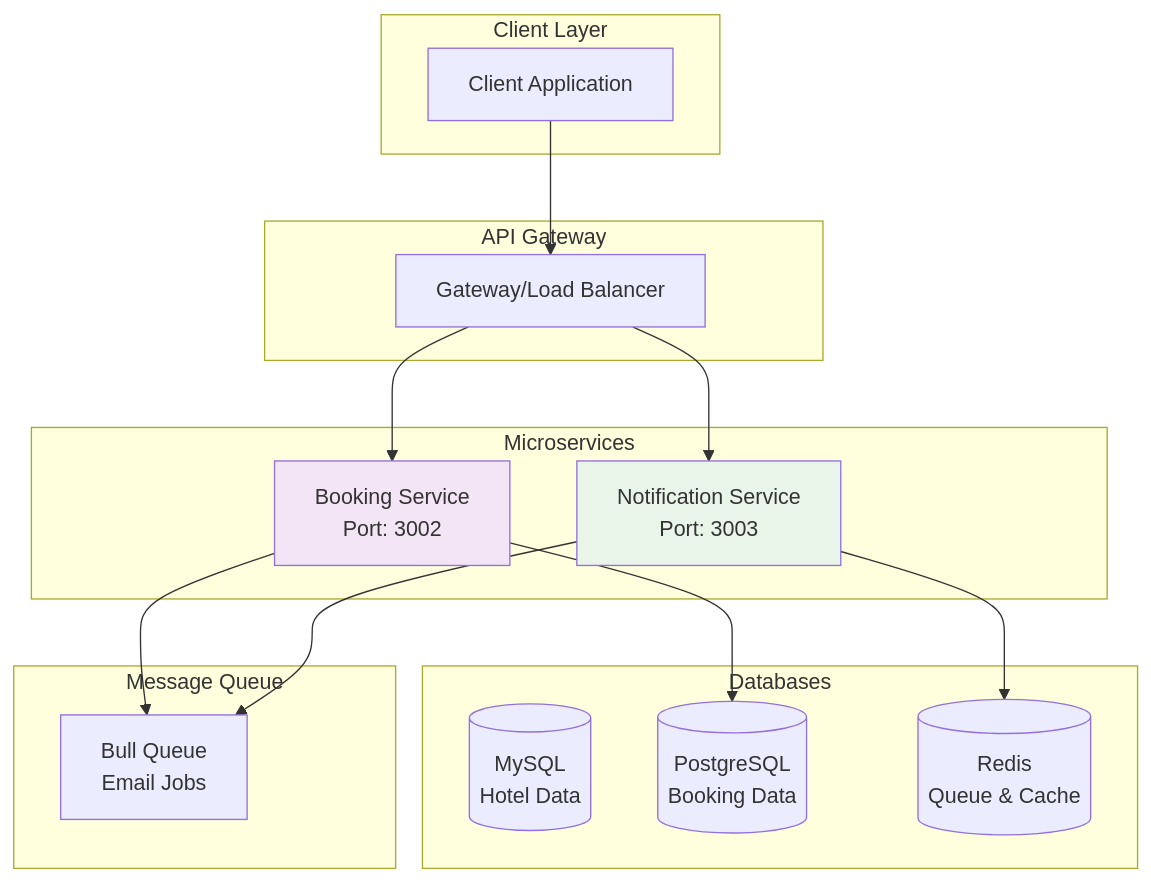
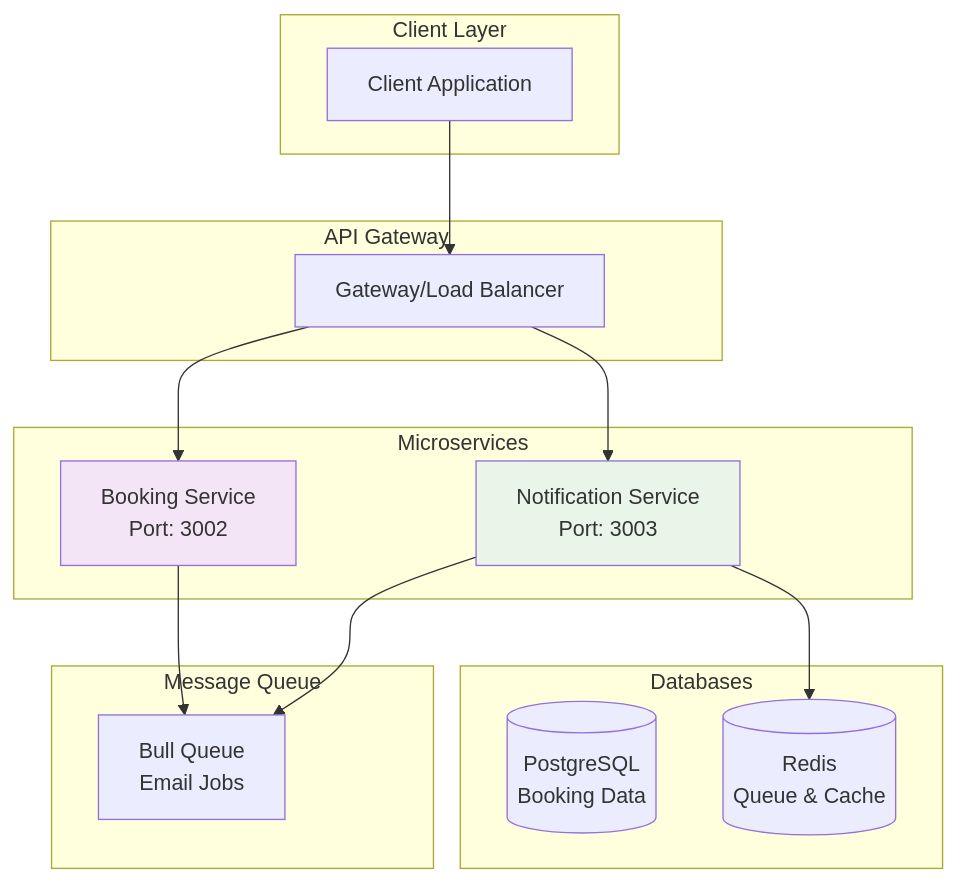
The first of 2 diagrams in README.md (Jyotishmoy12/airbnb-booking-backend), drawn with Mermaid before and after one commit.

````diff
--- a/README.md
+++ b/README.md
@@ -25,37 +25,35 @@
 ```mermaid
 graph TB
     subgraph "Client Layer"
         C[Client Application]
     end
     
     subgraph "API Gateway"
         GW[Gateway/Load Balancer]
     end
     
     subgraph "Microservices"
         BS[Booking Service<br/>Port: 3002]
         NS[Notification Service<br/>Port: 3003]
     end
     
     subgraph "Databases"
-        MySQL[(MySQL<br/>Hotel Data)]
-        PostgreSQL[(PostgreSQL<br/>Booking Data)]
+        MySQL[(PostgreSQL<br/>Booking Data)]
         Redis[(Redis<br/>Queue & Cache)]
     end
     
     subgraph "Message Queue"
         BQ[Bull Queue<br/>Email Jobs]
     end
     
     C --> GW
     GW --> BS
     GW --> NS
 
-    BS --> PostgreSQL
     BS --> BQ
     NS --> Redis
     NS --> BQ
 
     style BS fill:#f3e5f5
     style NS fill:#e8f5e8
 ```
````
